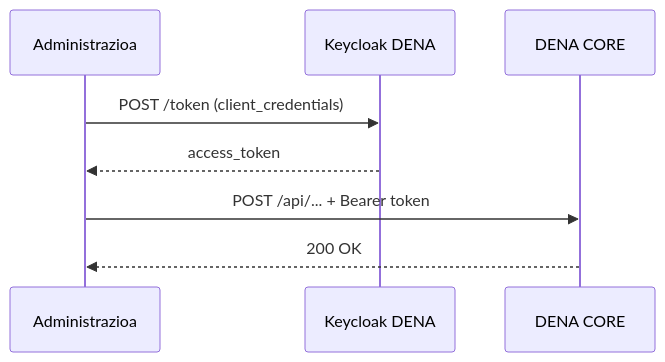
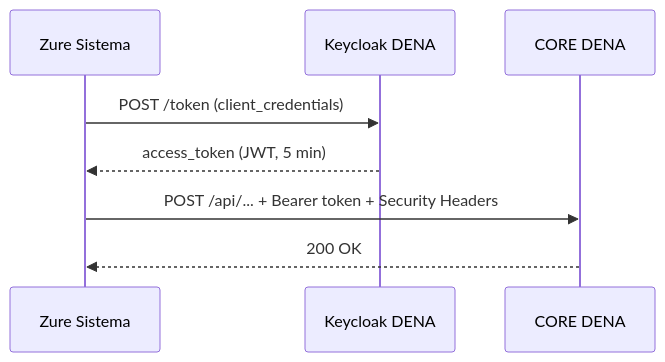
One commit to DENA-Euskadi/dena-euskadi.github.io changed the diagram in docs/autenticacion/administracion-core-dena/index.eu.md. Above: the diagram before and after it, drawn with Mermaid. The commit also changed other lines of this file and 193 other files, not shown here.

````diff
--- a/docs/autenticacion/administracion-core-dena/index.eu.md
+++ b/docs/autenticacion/administracion-core-dena/index.eu.md
@@ -11,11 +11,11 @@
 ``` mermaid
 sequenceDiagram
-    participant Admin as Administrazioa
+    participant Admin as Zure Sistema
     participant IDP as Keycloak DENA
-    participant DENA as DENA CORE
+    participant DENA as CORE DENA
 
     Admin->>IDP: POST /token (client_credentials)
-    IDP-->>Admin: access_token
-    Admin->>DENA: POST /api/... + Bearer token
+    IDP-->>Admin: access_token (JWT, 5 min)
+    Admin->>DENA: POST /api/... + Bearer token + Security Headers
     DENA-->>Admin: 200 OK
 ```
````
